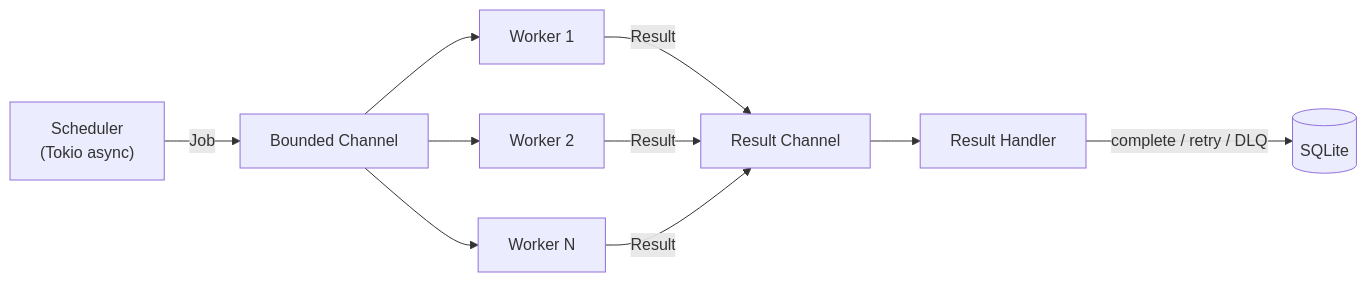
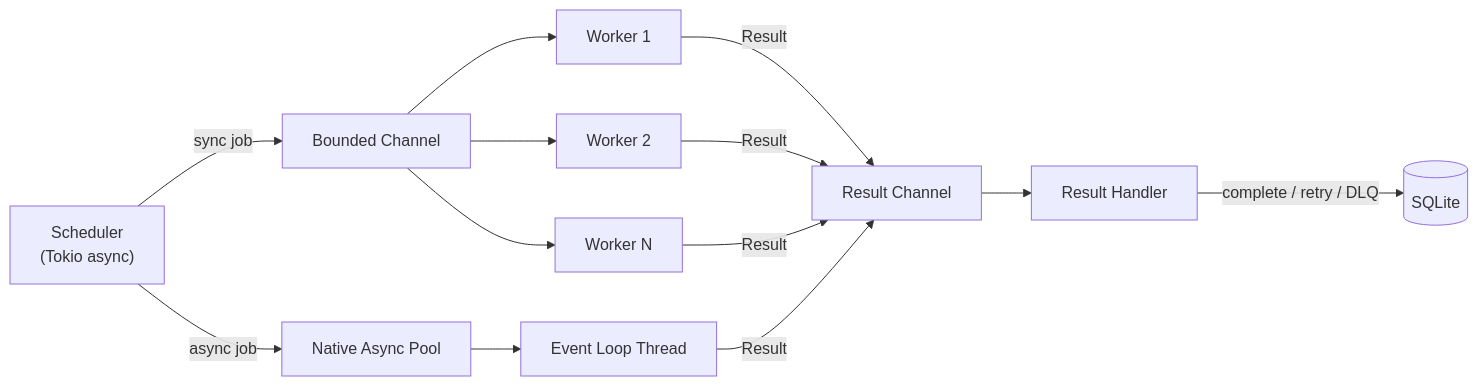
Before and after one commit to ByteVeda/taskito: the diagram in docs/guide/workers.md, drawn with Mermaid. The commit also changed other lines of this file and 124 other files, not shown here.

First line of the commit message:
feat: resource system, native async, KEDA integration (#27)

````diff
--- a/docs/guide/workers.md
+++ b/docs/guide/workers.md
@@ -113,15 +138,19 @@
 ```mermaid
 graph LR
-    S["Scheduler<br/>(Tokio async)"] -->|Job| CH["Bounded Channel"]
+    S["Scheduler<br/>(Tokio async)"] -->|"sync job"| CH["Bounded Channel"]
+    S -->|"async job"| AP["Native Async Pool"]
 
     CH --> W1["Worker 1"]
     CH --> W2["Worker 2"]
     CH --> WN["Worker N"]
 
+    AP --> EL["Event Loop Thread"]
+
     W1 -->|Result| RCH["Result Channel"]
     W2 -->|Result| RCH
     WN -->|Result| RCH
+    EL -->|Result| RCH
 
     RCH --> ML["Result Handler"]
     ML -->|"complete / retry / DLQ"| DB[("SQLite")]
 ```
````
